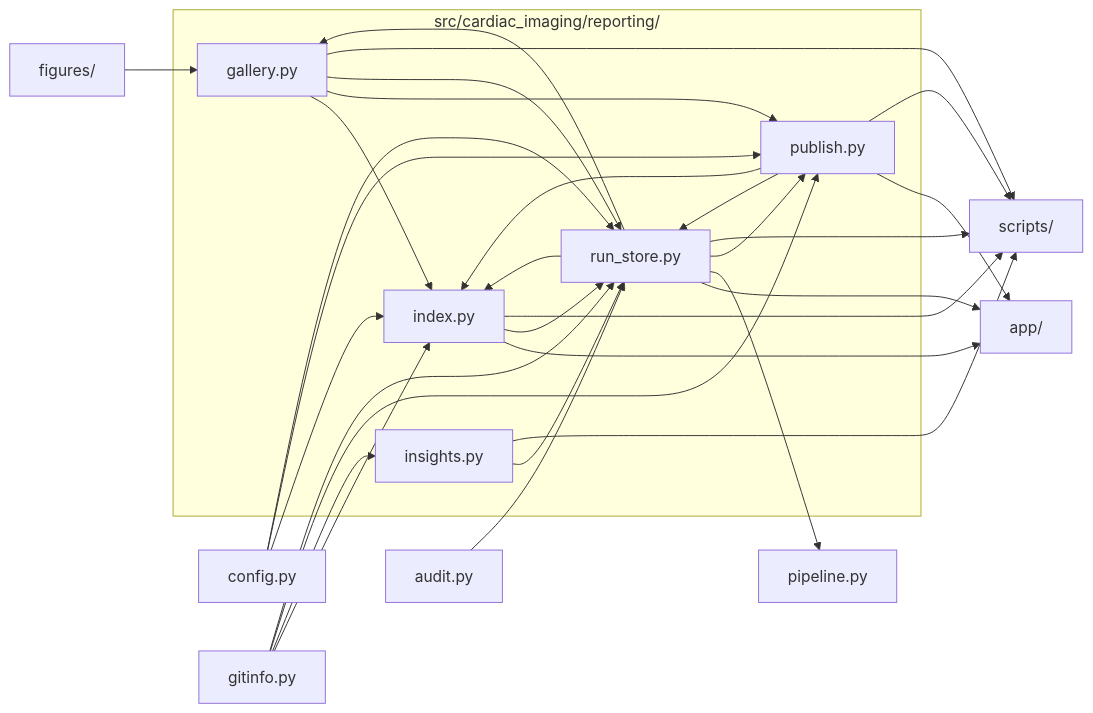
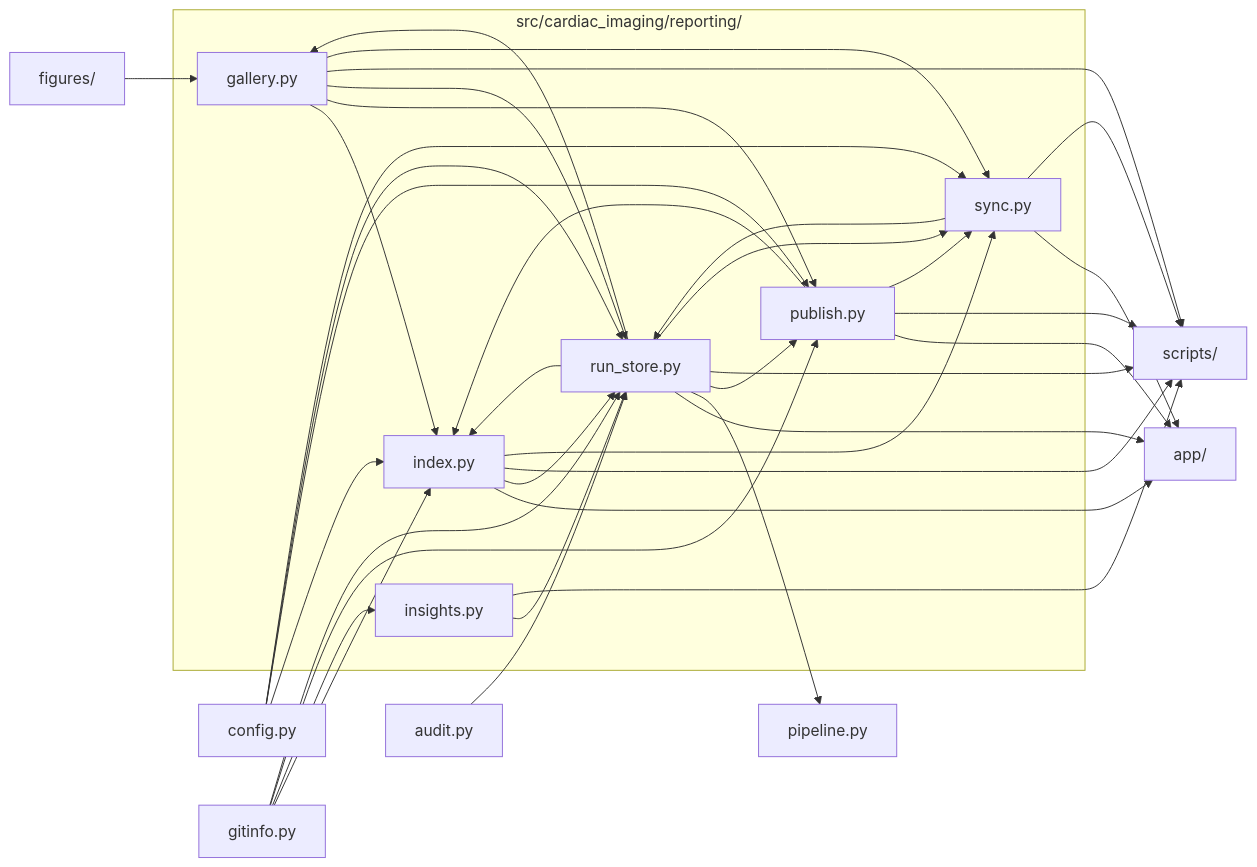
Before and after one commit to drsanjna/cardiac-imaging-medicare: the diagram in src/cardiac_imaging/reporting/README.md, drawn with Mermaid. The commit also changed other lines of this file and 23 other files, not shown here.

````diff
--- a/src/cardiac_imaging/reporting/README.md
+++ b/src/cardiac_imaging/reporting/README.md
@@ -11,45 +11,53 @@
 ```mermaid
 flowchart LR
   subgraph here["src/cardiac_imaging/reporting/"]
     n_gallery_py["gallery.py"]
     n_index_py["index.py"]
     n_insights_py["insights.py"]
     n_publish_py["publish.py"]
     n_run_store_py["run_store.py"]
+    n_sync_py["sync.py"]
   end
   n_app_["app/"]
   n_audit_py["audit.py"]
   n_config_py["config.py"]
   n_figures_["figures/"]
   n_gitinfo_py["gitinfo.py"]
   n_pipeline_py["pipeline.py"]
   n_scripts_["scripts/"]
   n_audit_py --> n_run_store_py
   n_config_py --> n_index_py
   n_config_py --> n_publish_py
   n_config_py --> n_run_store_py
+  n_config_py --> n_sync_py
   n_figures_ --> n_gallery_py
   n_gallery_py --> n_index_py
   n_gallery_py --> n_publish_py
   n_gallery_py --> n_run_store_py
   n_gallery_py --> n_scripts_
+  n_gallery_py --> n_sync_py
   n_gitinfo_py --> n_index_py
   n_gitinfo_py --> n_insights_py
   n_gitinfo_py --> n_publish_py
   n_gitinfo_py --> n_run_store_py
   n_index_py --> n_app_
   n_index_py --> n_run_store_py
   n_index_py --> n_scripts_
+  n_index_py --> n_sync_py
   n_insights_py --> n_run_store_py
   n_insights_py --> n_scripts_
   n_publish_py --> n_app_
   n_publish_py --> n_index_py
-  n_publish_py --> n_run_store_py
   n_publish_py --> n_scripts_
+  n_publish_py --> n_sync_py
   n_run_store_py --> n_app_
   n_run_store_py --> n_gallery_py
   n_run_store_py --> n_index_py
   n_run_store_py --> n_pipeline_py
   n_run_store_py --> n_publish_py
   n_run_store_py --> n_scripts_
+  n_run_store_py --> n_sync_py
+  n_sync_py --> n_app_
+  n_sync_py --> n_run_store_py
+  n_sync_py --> n_scripts_
 ```
````
